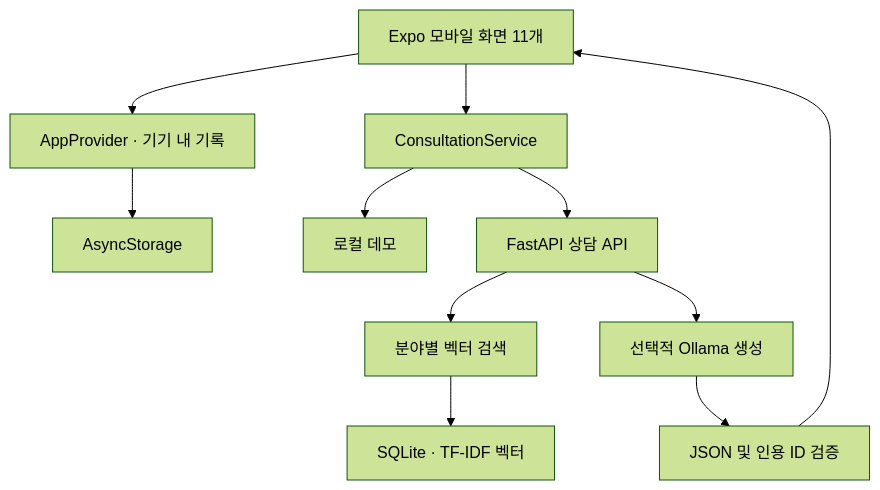
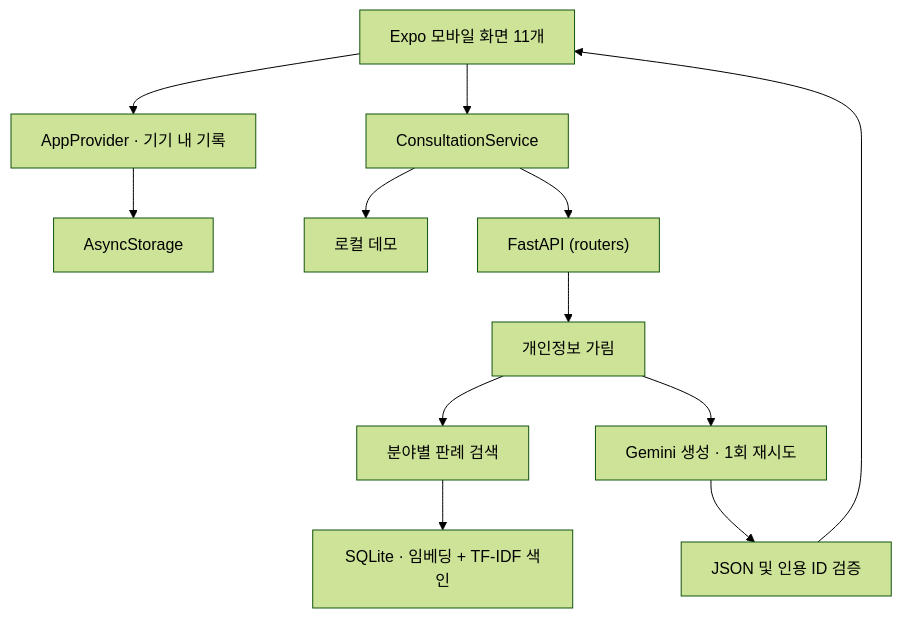
The first of 2 diagrams in docs/ARCHITECTURE.md (GMiiiN/AMP), drawn with Mermaid (forest theme) before and after one commit. The commit also changed other lines of this file and 28 other files, not shown here.

````diff
--- a/docs/ARCHITECTURE.md
+++ b/docs/ARCHITECTURE.md
@@ -3,13 +3,14 @@
 ```mermaid
 flowchart TD
   UI["Expo 모바일 화면 11개"] --> State["AppProvider · 기기 내 기록"]
   State --> Local["AsyncStorage"]
   UI --> Service["ConsultationService"]
   Service --> Demo["로컬 데모"]
-  Service --> API["FastAPI 상담 API"]
-  API --> Search["분야별 벡터 검색"]
-  Search --> DB["SQLite · TF-IDF 벡터"]
-  API --> Model["선택적 Ollama 생성"]
+  Service --> API["FastAPI (routers)"]
+  API --> Mask["개인정보 가림"]
+  Mask --> Search["분야별 판례 검색"]
+  Search --> DB["SQLite · 임베딩 + TF-IDF 색인"]
+  Mask --> Model["Gemini 생성 · 1회 재시도"]
   Model --> Verify["JSON 및 인용 ID 검증"]
   Verify --> UI
 ```
````
